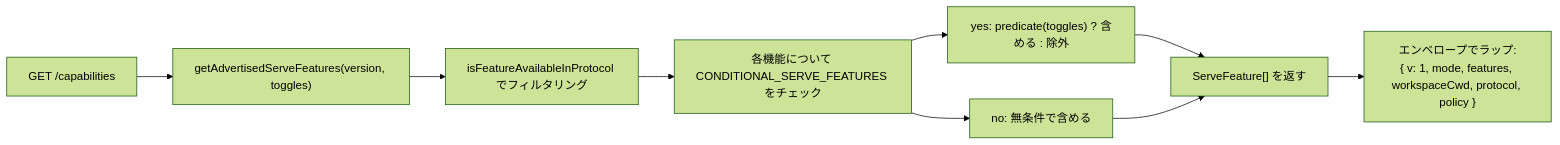
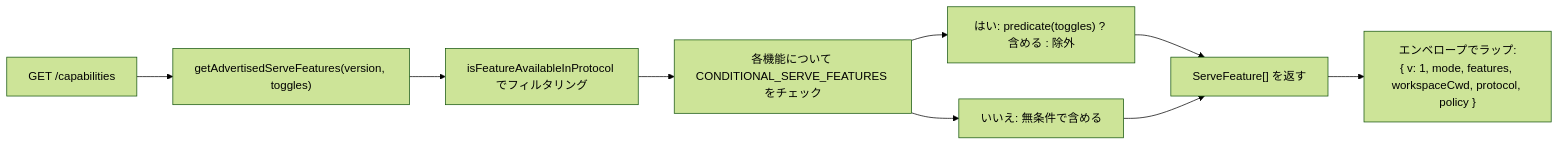
The first of 2 diagrams in website/content/ja/developers/daemon/11-capabilities-versioning.md (QwenLM/qwen-code-docs), drawn with Mermaid (forest theme) before and after one commit. The commit also changed other lines of this file and 128 other files, not shown here.

````diff
--- a/website/content/ja/developers/daemon/11-capabilities-versioning.md
+++ b/website/content/ja/developers/daemon/11-capabilities-versioning.md
@@ -128,11 +128,11 @@
 ```mermaid
 flowchart LR
     A["GET /capabilities"] --> B["getAdvertisedServeFeatures(version, toggles)"]
     B --> C["isFeatureAvailableInProtocol でフィルタリング"]
     C --> D["各機能について CONDITIONAL_SERVE_FEATURES をチェック"]
-    D --> E["yes: predicate(toggles) ? 含める : 除外"]
-    D --> F["no: 無条件で含める"]
+    D --> E["はい: predicate(toggles) ? 含める : 除外"]
+    D --> F["いいえ: 無条件で含める"]
     E --> G["ServeFeature[] を返す"]
     F --> G
     G --> H["エンベロープでラップ:<br/>{ v: 1, mode, features, workspaceCwd, protocol, policy }"]
 ```
````
